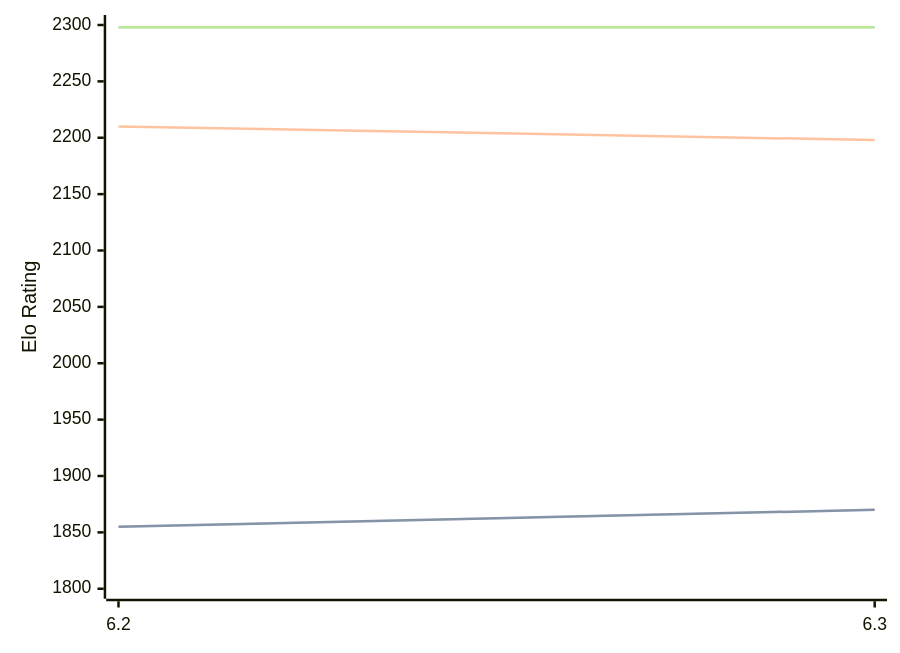
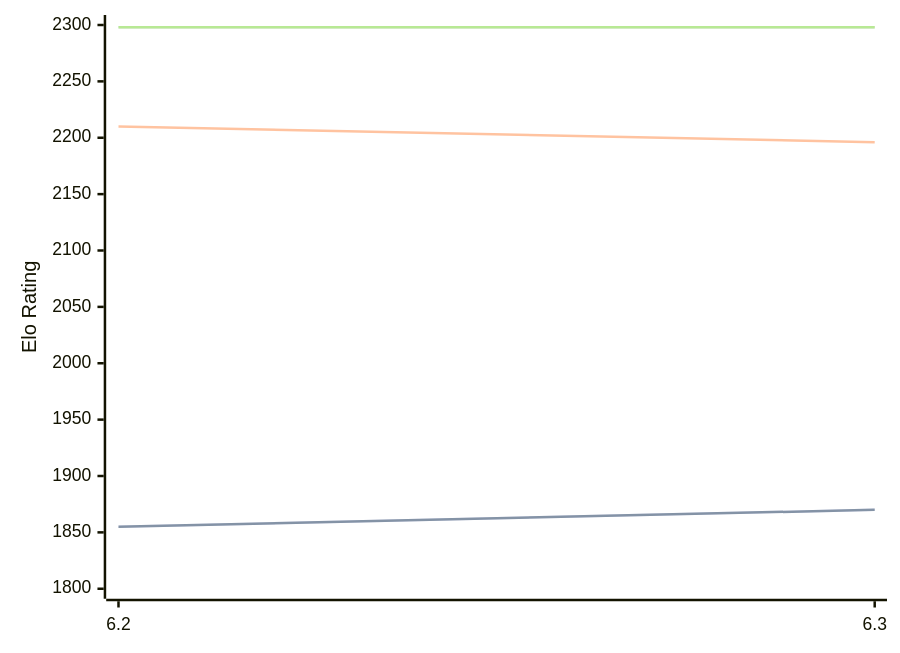
Before and after one commit to computer-chess-index/cci: the diagram in engines/chess4j.md, drawn with Mermaid. The commit also changed other lines of this file, not shown here.

````diff
--- a/engines/chess4j.md
+++ b/engines/chess4j.md
@@ -32,11 +32,11 @@
 ```mermaid
 %%{init: {"theme":"base","themeVariables":{"seriesColors:['#a3a3a3','#222221','#faa371']}}}%%
 xychart-beta
   x-axis ["6.2", "6.3"]
   y-axis "Elo Rating" 1800 --> 2300
   line "" [1855, 1870]
   line "STC (8.0+0.08s)" [1855, 1870]
-  line "LTC (60.0+0.60s)" [2210, 2198]
+  line "LTC (60.0+0.60s)" [2210, 2196]
   line "" [2298, 2298]
   line "VLTC (2m24s+1.12s)" [2298, 2298]
 ```
````
